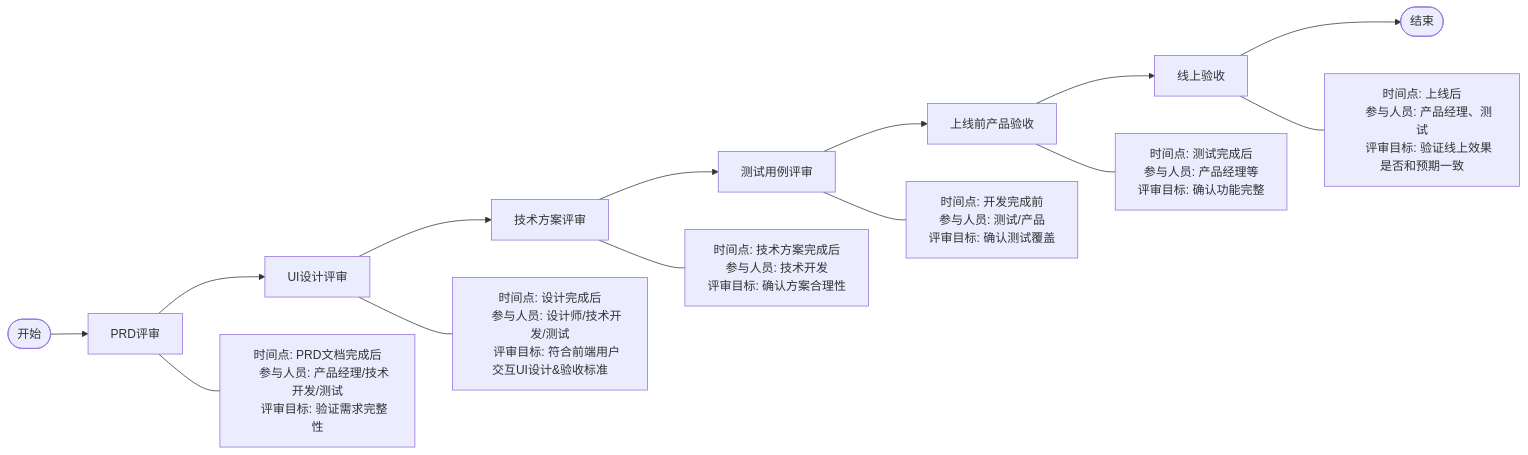
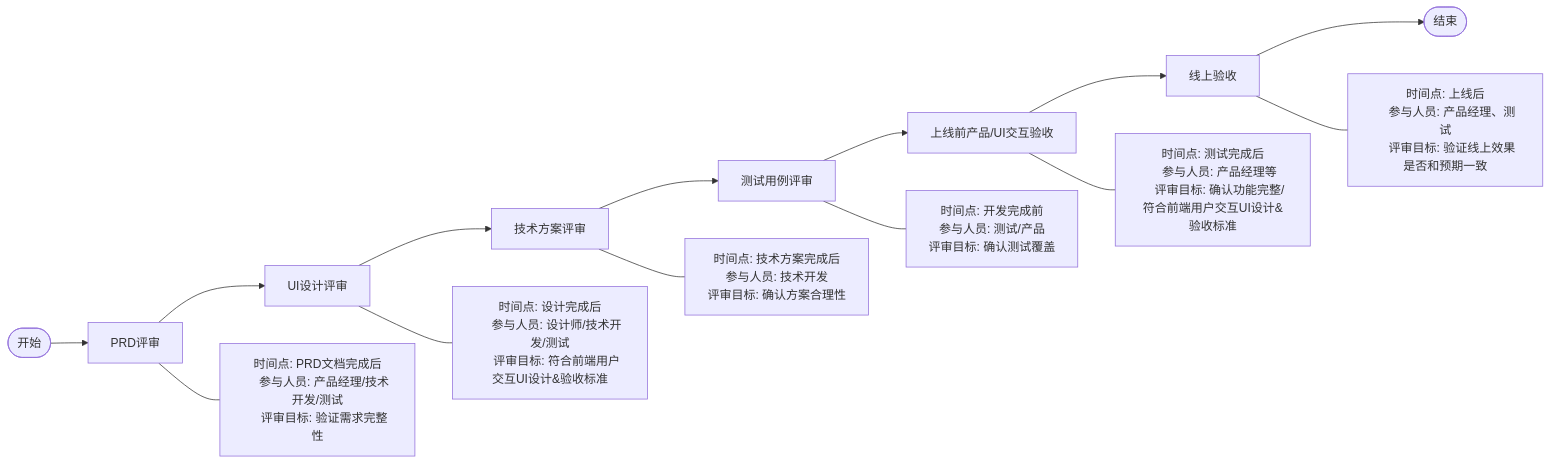
The first of 12 diagrams in 开发流程图.md (Taskon-xyz/PR), drawn with Mermaid before and after one commit. The commit also changed 1 other file, not shown here.

Commit message:
add dev folw

````diff
--- a/开发流程图.md
+++ b/开发流程图.md
@@ -5,34 +5,35 @@
 ```mermaid
 flowchart LR
     Start([开始]) --> PRD[PRD评审]
     PRD --> UI[UI设计评审]
     UI --> Tech[技术方案评审]
     Tech --> Test[测试用例评审]
-    Test --> Launch[上线前产品验收]
+    Test --> Launch[上线前产品/UI交互验收]
     Launch --> Online[线上验收]
     Online --> End([结束])
+  
   
     PRD --- PRD_Info["时间点: PRD文档完成后
     参与人员: 产品经理/技术开发/测试
     评审目标: 验证需求完整性"]
   
     UI --- UI_Info["时间点: 设计完成后
     参与人员: 设计师/技术开发/测试
     评审目标: 符合前端用户交互UI设计&验收标准"]
   
     Tech --- Tech_Info["时间点: 技术方案完成后
     参与人员: 技术开发
     评审目标: 确认方案合理性"]
   
     Test --- Test_Info["时间点: 开发完成前
     参与人员: 测试/产品
     评审目标: 确认测试覆盖"]
   
     Launch --- Launch_Info["时间点: 测试完成后
     参与人员: 产品经理等
-    评审目标: 确认功能完整"]
+    评审目标: 确认功能完整/符合前端用户交互UI设计&验收标准"]
   
     Online --- Online_Info["时间点: 上线后
     参与人员: 产品经理、测试
     评审目标: 验证线上效果是否和预期一致"]
 ```
````
